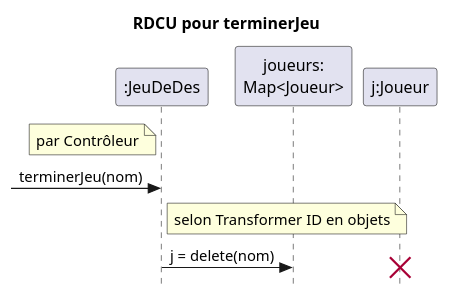
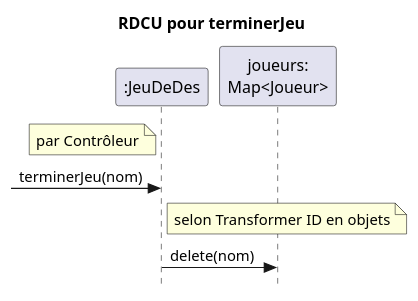
Before and after one commit to profcfuhrmanets/log210-jeu-de-des-node-express-ts: the diagram in docs/rdcu-terminerJeu.puml, drawn with PlantUML.

Commit message:
better model for removing joueur from map

```diff
--- a/docs/rdcu-terminerJeu.puml
+++ b/docs/rdcu-terminerJeu.puml
@@ -1,13 +1,13 @@
 @startuml
 skinparam style strictuml
 title RDCU pour terminerJeu
 participant ":JeuDeDes" as c
 participant "joueurs:\nMap<Joueur>" as jm
-participant "j:Joueur" as j
+'participant "j:Joueur" as j
 note left of c : par Contrôleur 
 ->c : terminerJeu(nom)
 note right of c : selon Transformer ID en objets 
-c->jm : j = delete(nom)
+c->jm : delete(nom)
 'c-->j
-destroy j
+'destroy j
 @enduml
```
